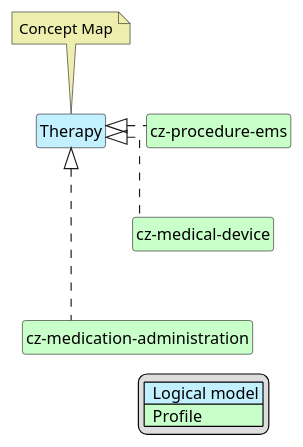
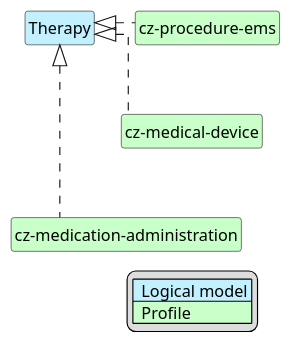
One commit to HL7-cz/cz-ems changed the diagram in input/images-source/emsTherapy-map.plantuml. Above: the diagram before and after it, drawn with PlantUML. The commit also changed 23 other files, not shown here.

Commit message:
úprava plantuml schémat

```diff
--- a/input/images-source/emsTherapy-map.plantuml
+++ b/input/images-source/emsTherapy-map.plantuml
@@ -1,32 +1,29 @@
 @startuml
 hide circle
 hide stereotype
 hide members
 hide methods
 skinparam linetype ortho
 skinparam class {
 BackgroundColor<<LogicalModel>> #APPLICATION
 BackgroundColor<<Profile>> #TECHNOLOGY
 }
 legend right
 | <#APPLICATION>  Logical model |
 | <#TECHNOLOGY>  Profile |
 endlegend
 
 class "Therapy" <<LogicalModel>> [[StructureDefinition-TherapyEmsCz.html]]
-note top #EEEEAE [[ConceptMap-Therapy2FHIR-cz.html]]
-Concept Map
-endnote
 
 class "cz-procedure-ems" <<Profile>> [[StructureDefinition-cz-procedure-ems.html]]
 class "cz-medical-device" <<Profile>> [[https://build.fhir.org/ig/HL7-cz/cz-core/StructureDefinition-cz-medical-device.html]]
 class "cz-medication-administration" <<Profile>> [[StructureDefinition-cz-medication-administration.html]]
 
 "Therapy" <|. "cz-procedure-ems"
 "Therapy" <|. "cz-medical-device"
 "Therapy" <|. "cz-medication-administration"
 
 "cz-procedure-ems" -d[hidden]-> "cz-medical-device"
 "cz-medical-device" -d[hidden]-> "cz-medication-administration"
 
 @enduml
```
